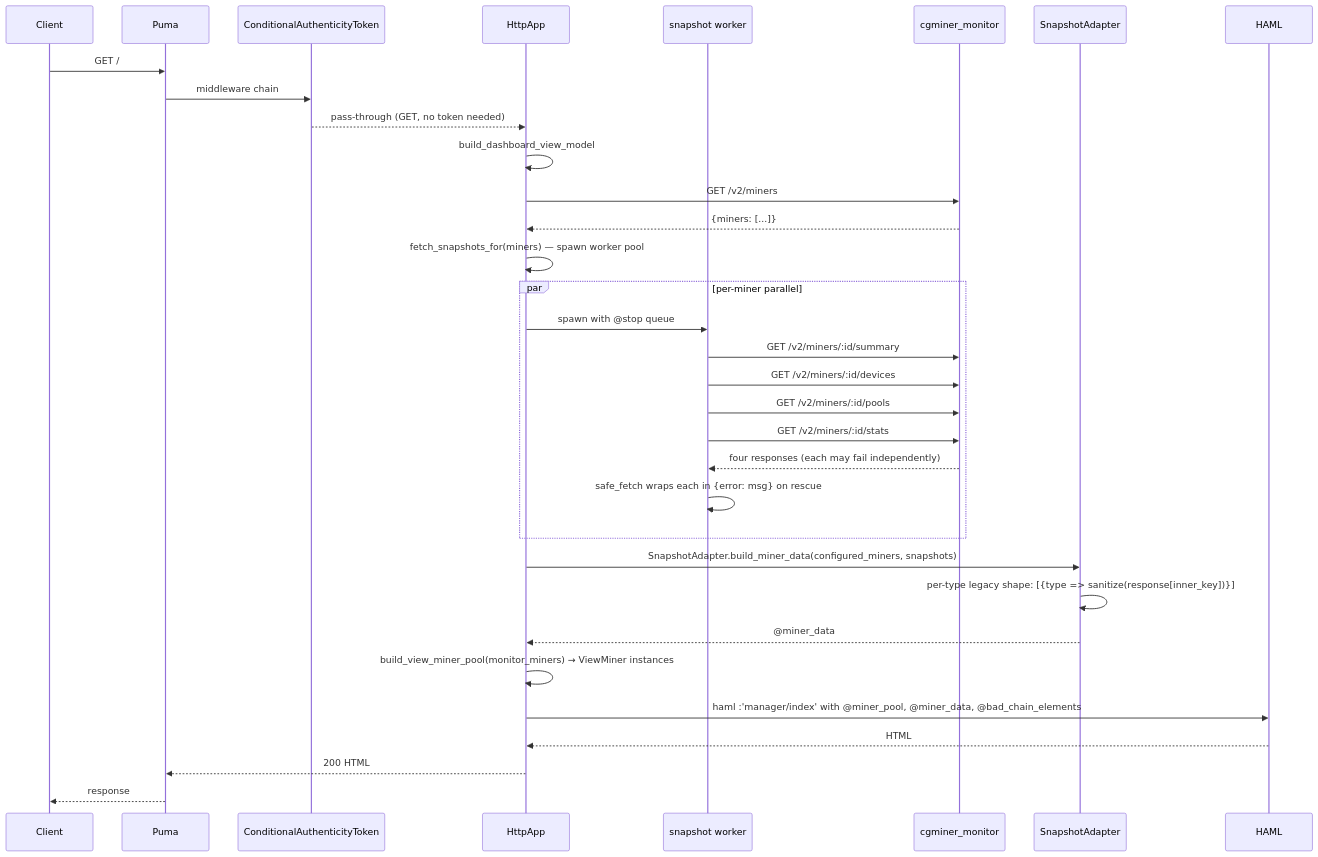
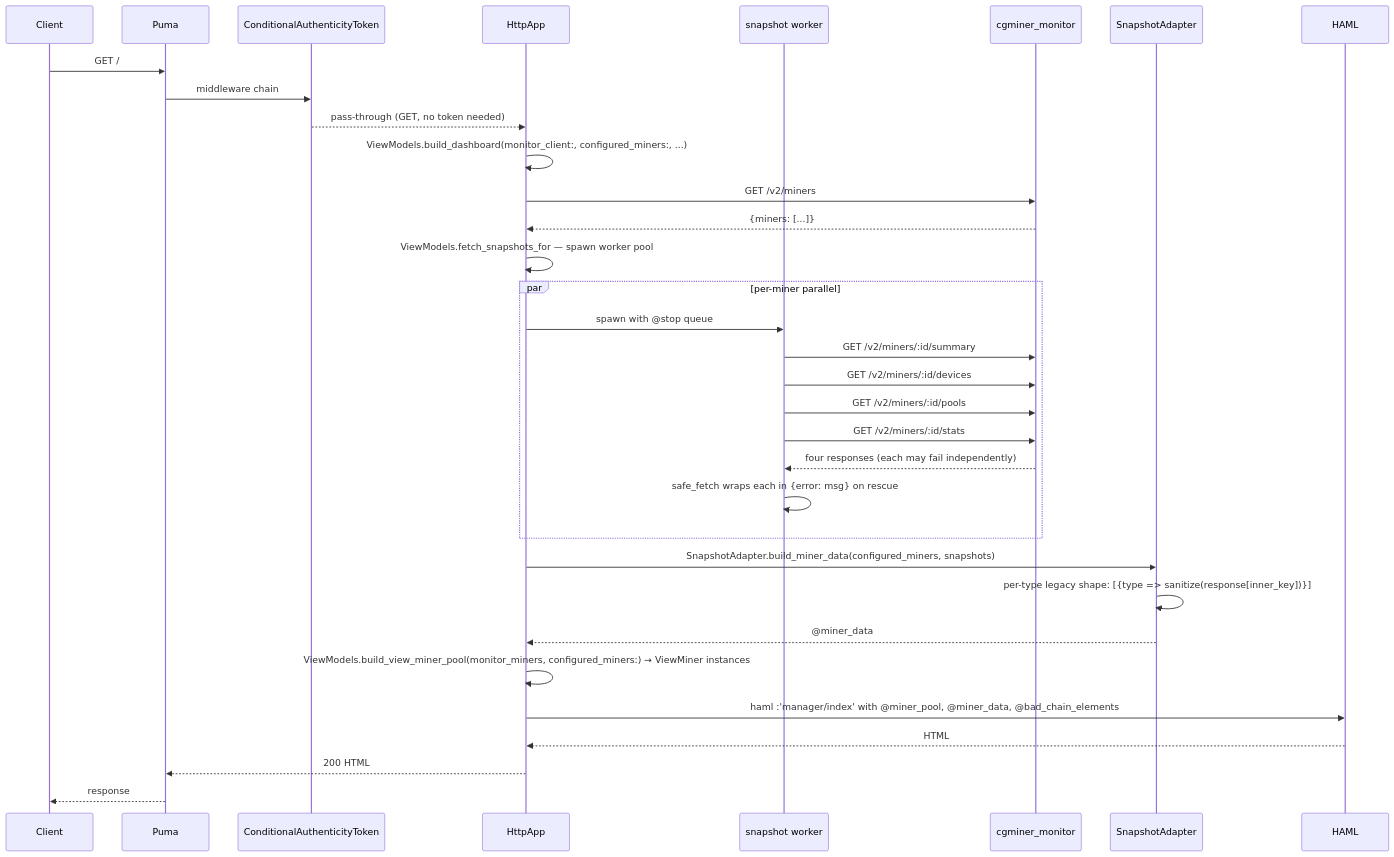
The second of 4 diagrams in docs/architecture.md (jramos/cgminer_manager), drawn with Mermaid before and after one commit. The commit also changed other lines of this file and 6 other files, not shown here.

First line of the commit message:
Document the HttpApp / ViewModels / FleetBuilders / AdminLogging split

````diff
--- a/docs/architecture.md
+++ b/docs/architecture.md
@@ -67,38 +67,38 @@
 ```mermaid
 sequenceDiagram
     participant Client
     participant Puma
     participant CSRF as ConditionalAuthenticityToken
     participant App as HttpApp
     participant Thread as snapshot worker
     participant Monitor as cgminer_monitor
     participant Adapter as SnapshotAdapter
     participant HAML
 
     Client->>Puma: GET /
     Puma->>CSRF: middleware chain
     CSRF-->>App: pass-through (GET, no token needed)
-    App->>App: build_dashboard_view_model
+    App->>App: ViewModels.build_dashboard(monitor_client:, configured_miners:, ...)
     App->>Monitor: GET /v2/miners
     Monitor-->>App: {miners: [...]}
-    App->>App: fetch_snapshots_for(miners) — spawn worker pool
+    App->>App: ViewModels.fetch_snapshots_for — spawn worker pool
 
     par per-miner parallel
         App->>Thread: spawn with @stop queue
         Thread->>Monitor: GET /v2/miners/:id/summary
         Thread->>Monitor: GET /v2/miners/:id/devices
         Thread->>Monitor: GET /v2/miners/:id/pools
         Thread->>Monitor: GET /v2/miners/:id/stats
         Monitor-->>Thread: four responses (each may fail independently)
         Thread->>Thread: safe_fetch wraps each in {error: msg} on rescue
     end
 
     App->>Adapter: SnapshotAdapter.build_miner_data(configured_miners, snapshots)
     Adapter->>Adapter: per-type legacy shape: [{type => sanitize(response[inner_key])}]
     Adapter-->>App: @miner_data
-    App->>App: build_view_miner_pool(monitor_miners) → ViewMiner instances
+    App->>App: ViewModels.build_view_miner_pool(monitor_miners, configured_miners:) → ViewMiner instances
     App->>HAML: haml :'manager/index' with @miner_pool, @miner_data, @bad_chain_elements
     HAML-->>App: HTML
     App-->>Puma: 200 HTML
     Puma-->>Client: response
 ```
````
